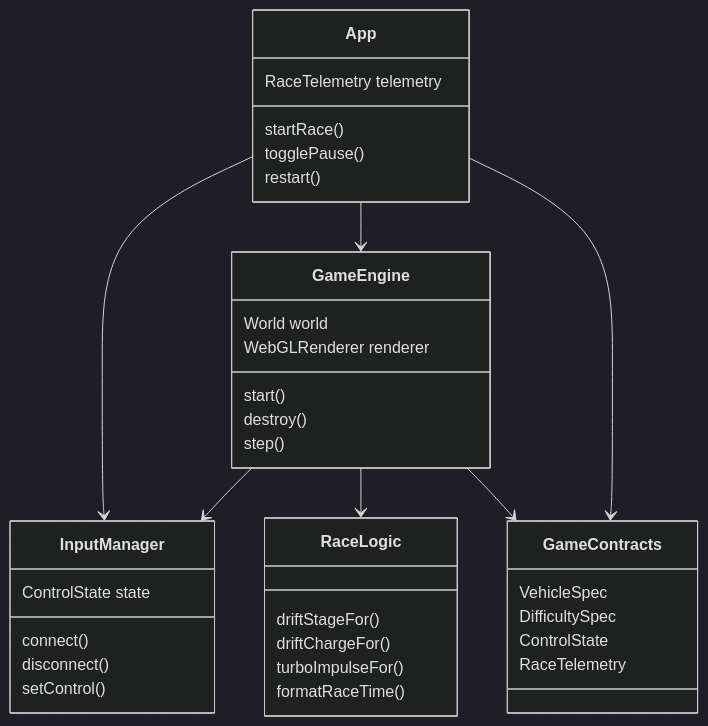
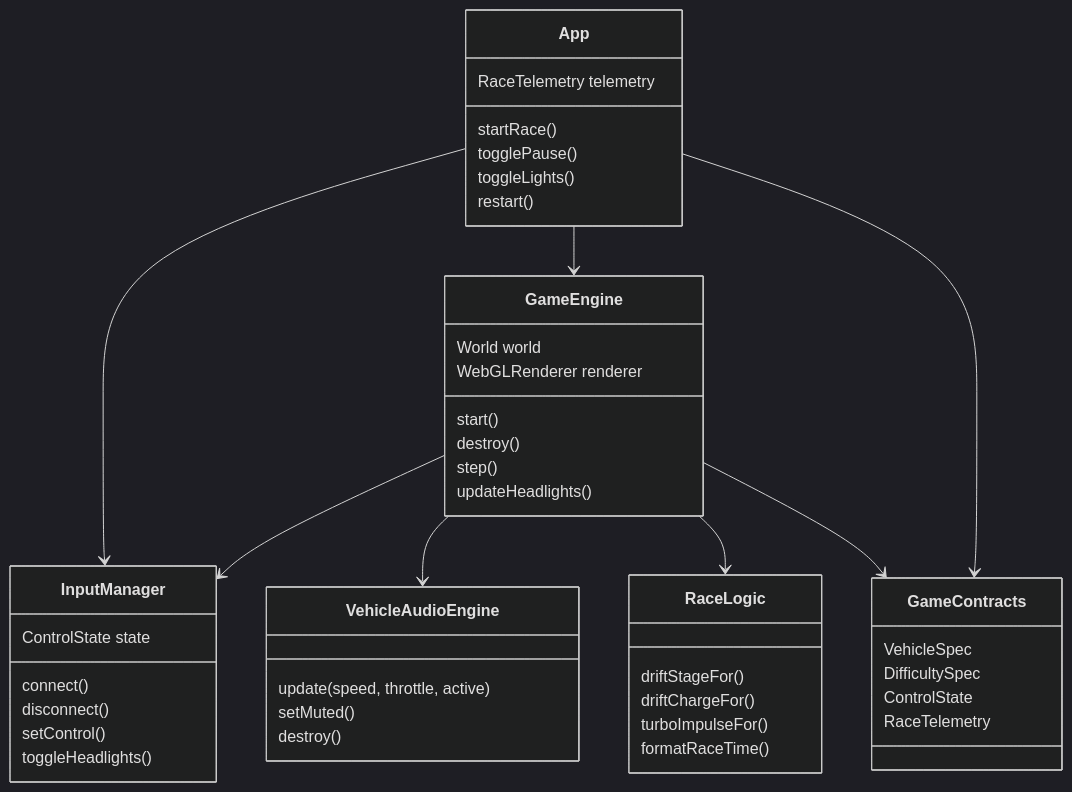
Before and after one commit to jakwong1981/hk_racing_car: the first of 4 diagrams in docs/SPECIFICATION.md, drawn with Mermaid (dark theme). The commit also changed other lines of this file and 23 other files, not shown here.

Commit message:
Enhance racing visuals physics and vehicle audio

````diff
--- a/docs/SPECIFICATION.md
+++ b/docs/SPECIFICATION.md
@@ -31,40 +44,49 @@
 ```mermaid
 classDiagram
   class App {
     RaceTelemetry telemetry
     startRace()
     togglePause()
+    toggleLights()
     restart()
   }
   class InputManager {
     ControlState state
     connect()
     disconnect()
     setControl()
+    toggleHeadlights()
   }
   class GameEngine {
     World world
     WebGLRenderer renderer
     start()
     destroy()
     step()
+    updateHeadlights()
+  }
+  class VehicleAudioEngine {
+    update(speed, throttle, active)
+    setMuted()
+    destroy()
   }
   class RaceLogic {
     driftStageFor()
     driftChargeFor()
     turboImpulseFor()
     formatRaceTime()
   }
   class GameContracts {
     VehicleSpec
     DifficultySpec
     ControlState
     RaceTelemetry
   }
   App --> InputManager
   App --> GameEngine
   App --> GameContracts
   GameEngine --> InputManager
+  GameEngine --> VehicleAudioEngine
   GameEngine --> RaceLogic
   GameEngine --> GameContracts
 ```
````
